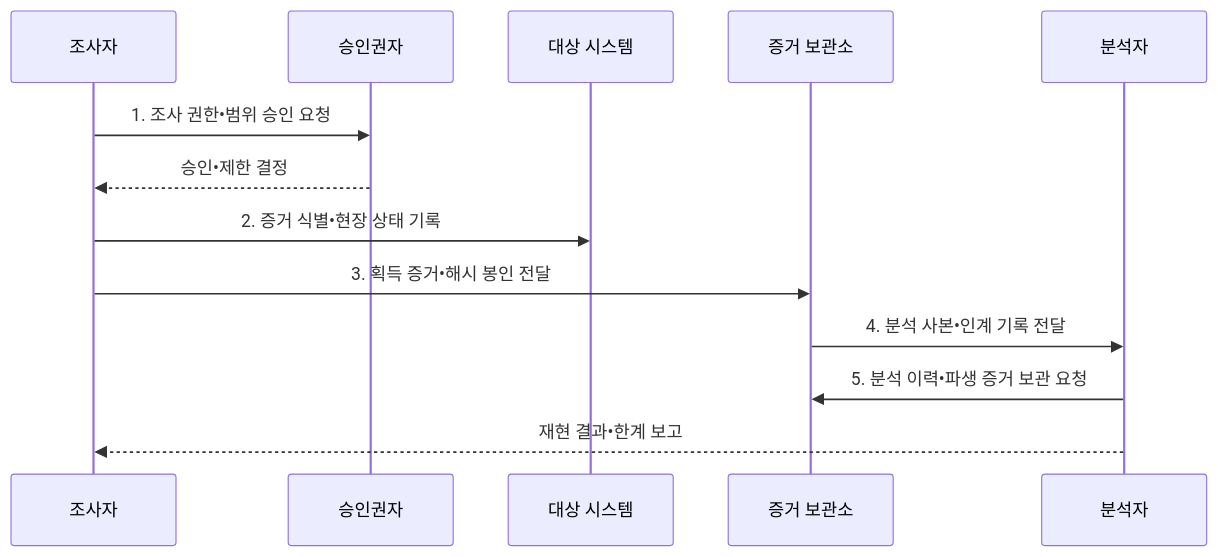
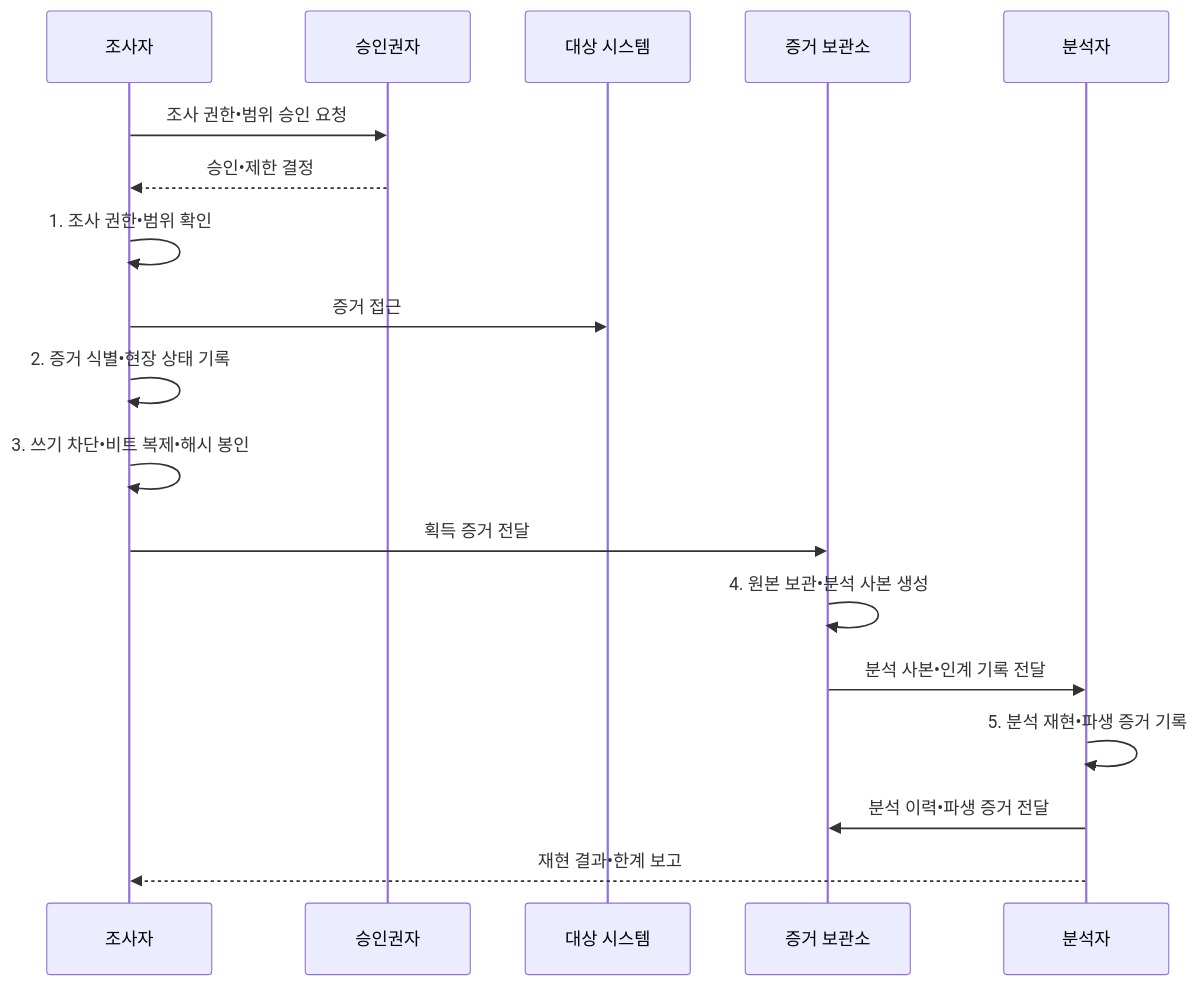
The second of 2 diagrams in src/content/docs/notes/05-security/114_digital_forensics.md (agnusdei1207/knowledge-base), drawn with Mermaid before and after one commit. The commit also changed other lines of this file and 20 other files, not shown here.

````diff
--- a/src/content/docs/notes/05-security/114_digital_forensics.md
+++ b/src/content/docs/notes/05-security/114_digital_forensics.md
@@ -98,15 +98,20 @@
 ```mermaid
 sequenceDiagram
   participant I as 조사자
   participant A as 승인권자
   participant T as 대상 시스템
   participant R as 증거 보관소
   participant N as 분석자
-  I->>A: 1. 조사 권한•범위 승인 요청
+  I->>A: 조사 권한•범위 승인 요청
   A-->>I: 승인•제한 결정
-  I->>T: 2. 증거 식별•현장 상태 기록
-  I->>R: 3. 획득 증거•해시 봉인 전달
-  R->>N: 4. 분석 사본•인계 기록 전달
-  N->>R: 5. 분석 이력•파생 증거 보관 요청
+  I->>I: 1. 조사 권한•범위 확인
+  I->>T: 증거 접근
+  I->>I: 2. 증거 식별•현장 상태 기록
+  I->>I: 3. 쓰기 차단•비트 복제•해시 봉인
+  I->>R: 획득 증거 전달
+  R->>R: 4. 원본 보관•분석 사본 생성
+  R->>N: 분석 사본•인계 기록 전달
+  N->>N: 5. 분석 재현•파생 증거 기록
+  N->>R: 분석 이력•파생 증거 전달
   N-->>I: 재현 결과•한계 보고
 ```
````
